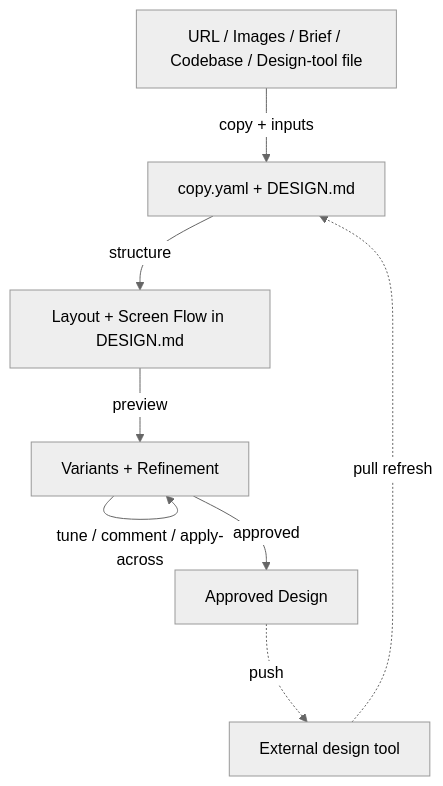
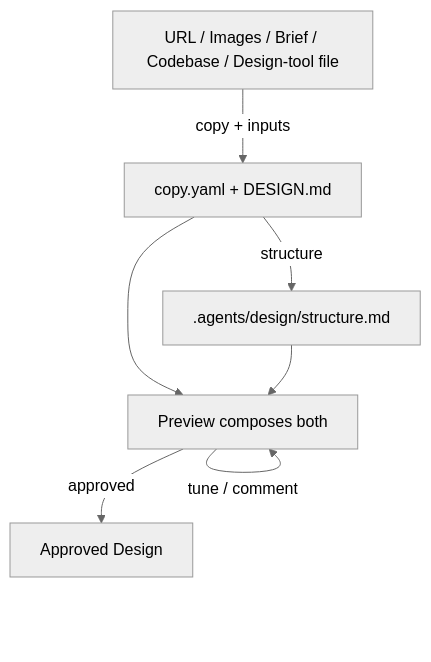
One commit to adeonir/agent-skills changed the diagram in skills/product/design-builder/README.md. Above: the diagram before and after it, drawn with Mermaid (neutral theme). The commit also changed other lines of this file and 12 other files, not shown here.

First line of the commit message:
refactor(design-builder): prose-only DESIGN.md and e-commerce flow

````diff
--- a/skills/product/design-builder/README.md
+++ b/skills/product/design-builder/README.md
@@ -7,10 +7,9 @@
 ```mermaid
 flowchart TD
     A[URL / Images / Brief / Codebase / Design-tool file] -->|copy + inputs| B[copy.yaml + DESIGN.md]
-    B -->|structure| C[Layout + Screen Flow in DESIGN.md]
-    C -->|preview| D[Variants + Refinement]
-    D -->|tune / comment / apply-across| D
+    B -->|structure| C[.agents/design/structure.md]
+    B --> D[Preview composes both]
+    C --> D
+    D -->|tune / comment| D
     D -->|approved| E[Approved Design]
-    E -.->|push| G[External design tool]
-    G -.->|pull refresh| B
 ```
````
